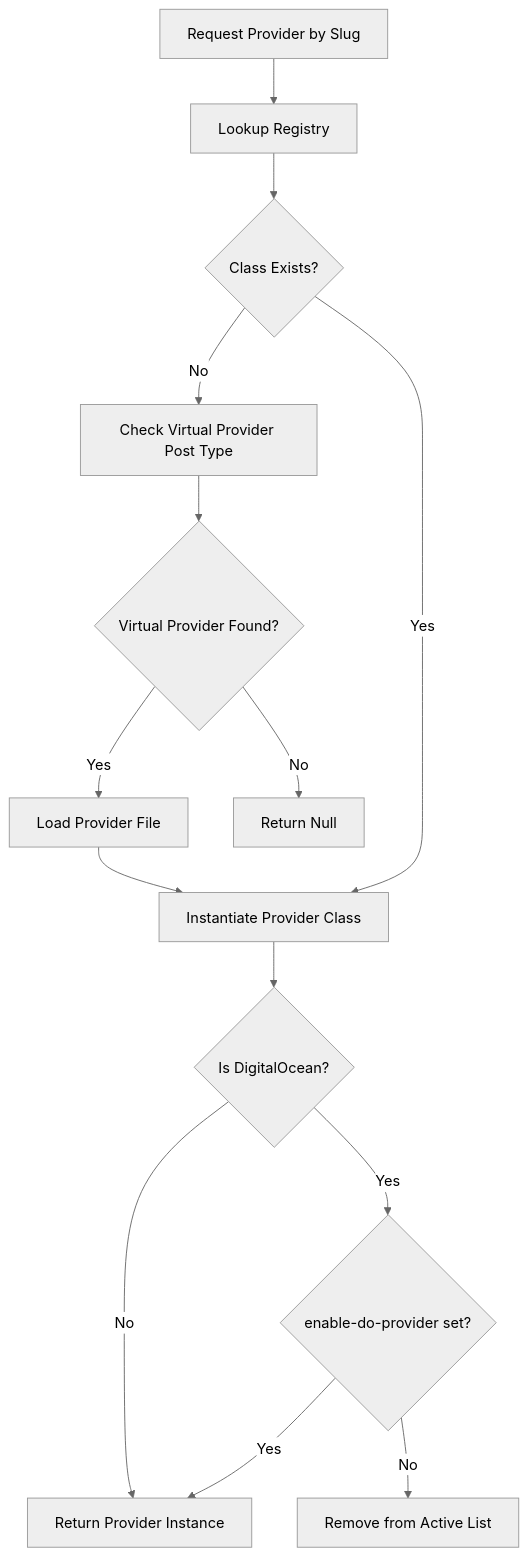
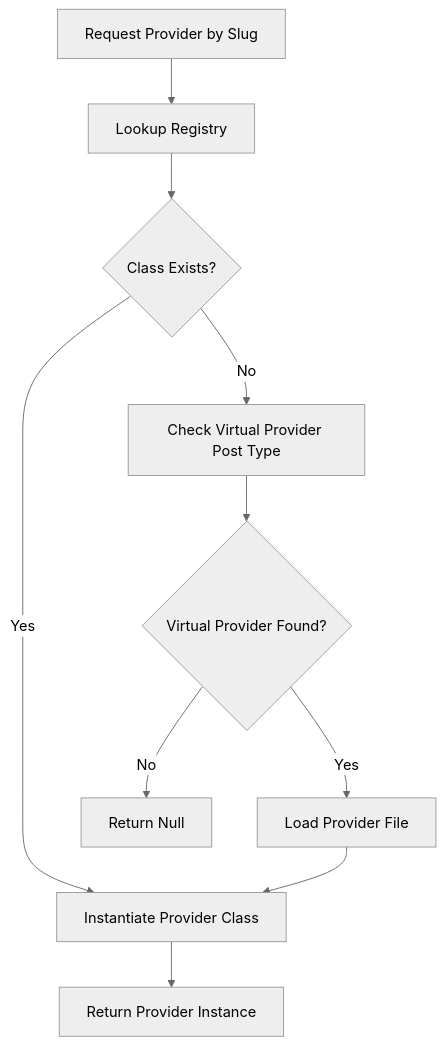
The fifth of 7 diagrams in .qoder/repowiki/en/content/Cloud Provider Integration/Cloud Provider Integration.md (onedogsolutions/simple-stack), drawn with Mermaid (neutral theme) before and after one commit. The commit also changed other lines of this file and 5941 other files, not shown here.

````diff
--- a/.qoder/repowiki/en/content/Cloud Provider Integration/Cloud Provider Integration.md
+++ b/.qoder/repowiki/en/content/Cloud Provider Integration/Cloud Provider Integration.md
@@ -434,16 +340,12 @@
 ```mermaid
 flowchart TD
 Request["Request Provider by Slug"] --> Lookup["Lookup Registry"]
 Lookup --> Found{"Class Exists?"}
 Found --> |Yes| Instantiate["Instantiate Provider Class"]
 Found --> |No| Virtual["Check Virtual Provider Post Type"]
 Virtual --> VirtualFound{"Virtual Provider Found?"}
 VirtualFound --> |Yes| LoadFile["Load Provider File"]
 LoadFile --> Instantiate
 VirtualFound --> |No| Null["Return Null"]
-Instantiate --> CheckDO{"Is DigitalOcean?"}
-CheckDO --> |Yes| CheckEnable{"enable-do-provider set?"}
-CheckEnable --> |Yes| Return["Return Provider Instance"]
-CheckEnable --> |No| Remove["Remove from Active List"]
-CheckDO --> |No| Return
+Instantiate --> Return["Return Provider Instance"]
 ```
````
